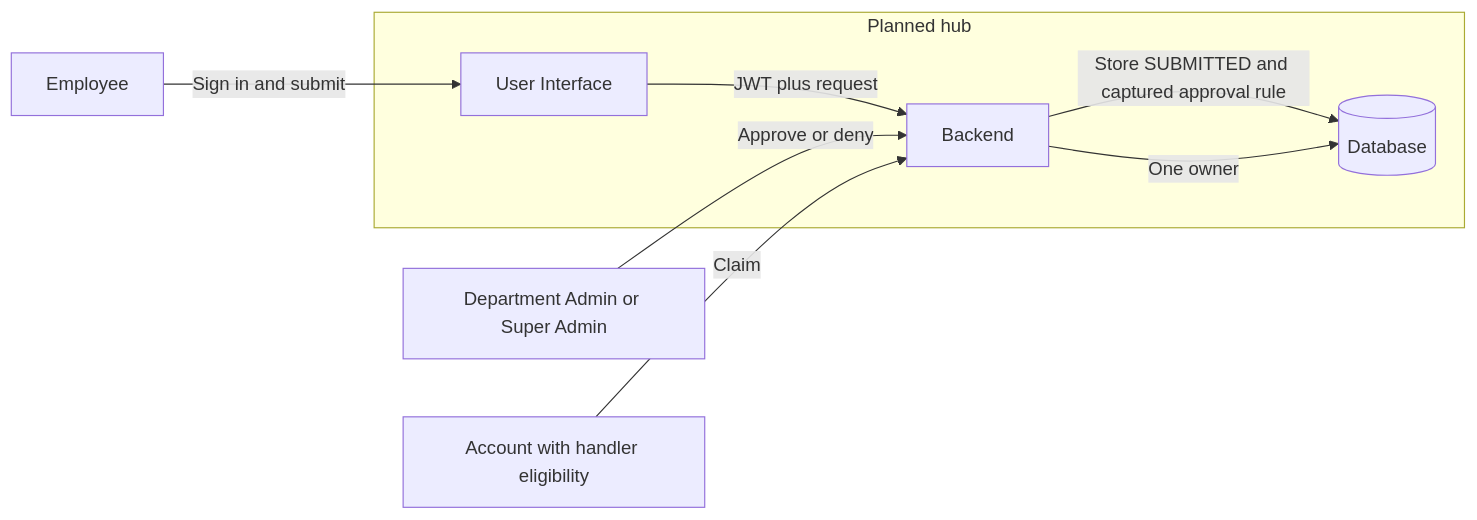
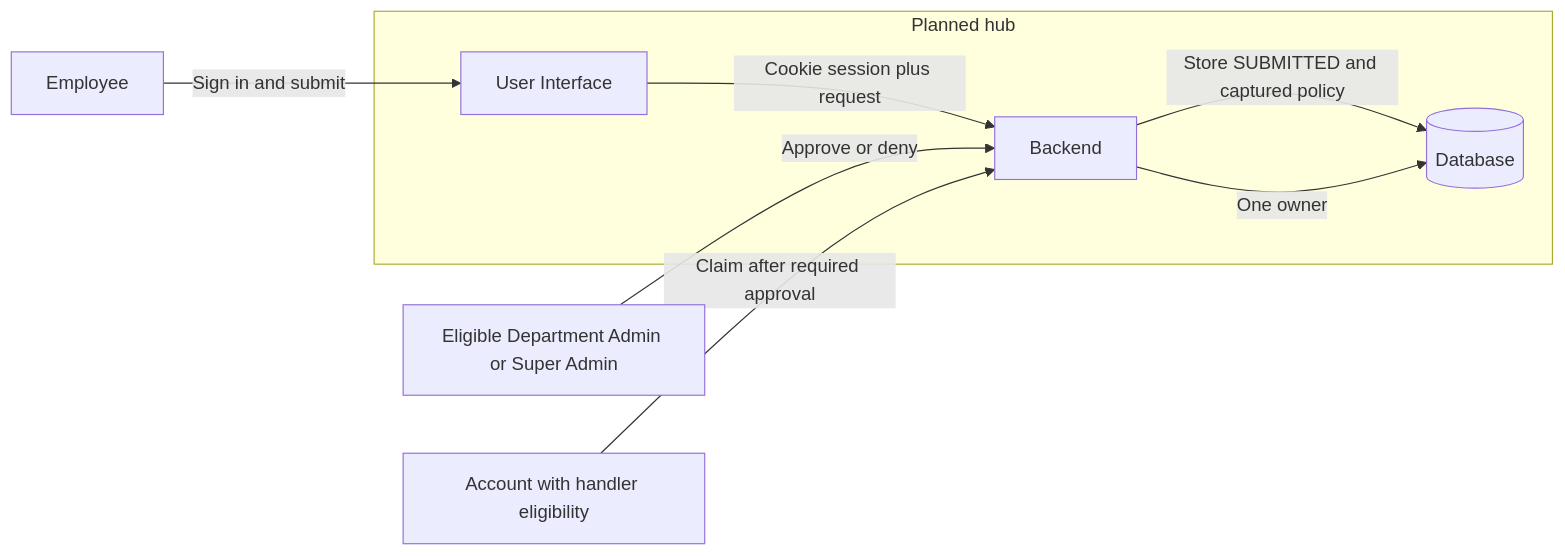
Before and after one commit to chadikal/internal-operations-service-hub: the second of 2 diagrams in docs/architecture.md, drawn with Mermaid. The commit also changed other lines of this file and 64 other files, not shown here.

````diff
--- a/docs/architecture.md
+++ b/docs/architecture.md
@@ -176,19 +194,19 @@
 ```mermaid
 flowchart LR
     Employee[Employee]
     Handler[Account with handler eligibility]
-    Admin[Department Admin or Super Admin]
+    Approver[Eligible Department Admin or Super Admin]
 
     subgraph Hub[Planned hub]
         UI[User Interface]
         API[Backend]
         DB[(Database)]
     end
 
     Employee -->|Sign in and submit| UI
-    UI -->|JWT plus request| API
-    API -->|Store SUBMITTED and captured approval rule| DB
-    Admin -->|Approve or deny| API
-    Handler -->|Claim| API
+    UI -->|Cookie session plus request| API
+    API -->|Store SUBMITTED and captured policy| DB
+    Approver -->|Approve or deny| API
+    Handler -->|Claim after required approval| API
     API -->|One owner| DB
 ```
````
